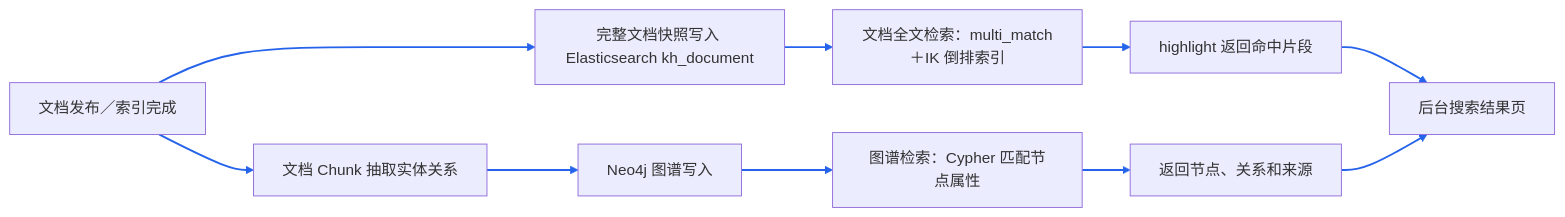
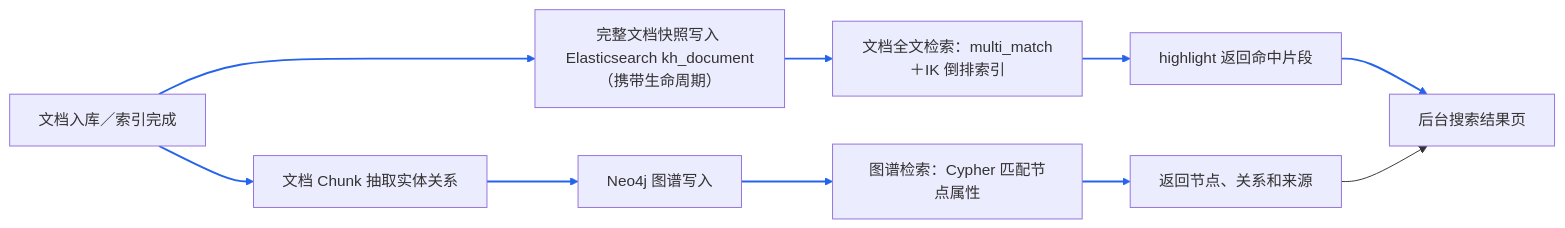
One commit to monstereatai/RAG changed diagram 14 of 29 in docs/interview/功能步骤流程.md. Above: the diagram before and after it, drawn with Mermaid. The commit also changed other lines of this file and 37 other files, not shown here.

````diff
--- a/docs/interview/功能步骤流程.md
+++ b/docs/interview/功能步骤流程.md
@@ -545,13 +629,13 @@
 ```mermaid
 flowchart LR
-  A[文档发布／索引完成] --> B[完整文档快照写入 Elasticsearch kh_document]
+  A[文档入库／索引完成] --> B[完整文档快照写入 Elasticsearch kh_document（携带生命周期）]
   B --> C[文档全文检索：multi_match＋IK 倒排索引]
   C --> D[highlight 返回命中片段]
   A --> E[文档 Chunk 抽取实体关系]
   E --> F[Neo4j 图谱写入]
   F --> G[图谱检索：Cypher 匹配节点属性]
   G --> H[返回节点、关系和来源]
   D --> I[后台搜索结果页]
   H --> I
-  linkStyle 0,1,2,3,4,5,6,7,8 stroke:#2563eb,stroke-width:2px
+  linkStyle 0,1,2,3,4,5,6,7 stroke:#2563eb,stroke-width:2px
 ```
````
